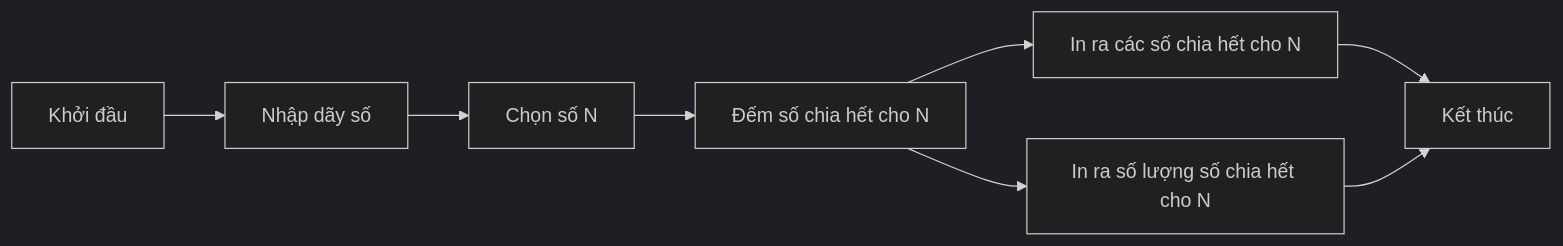
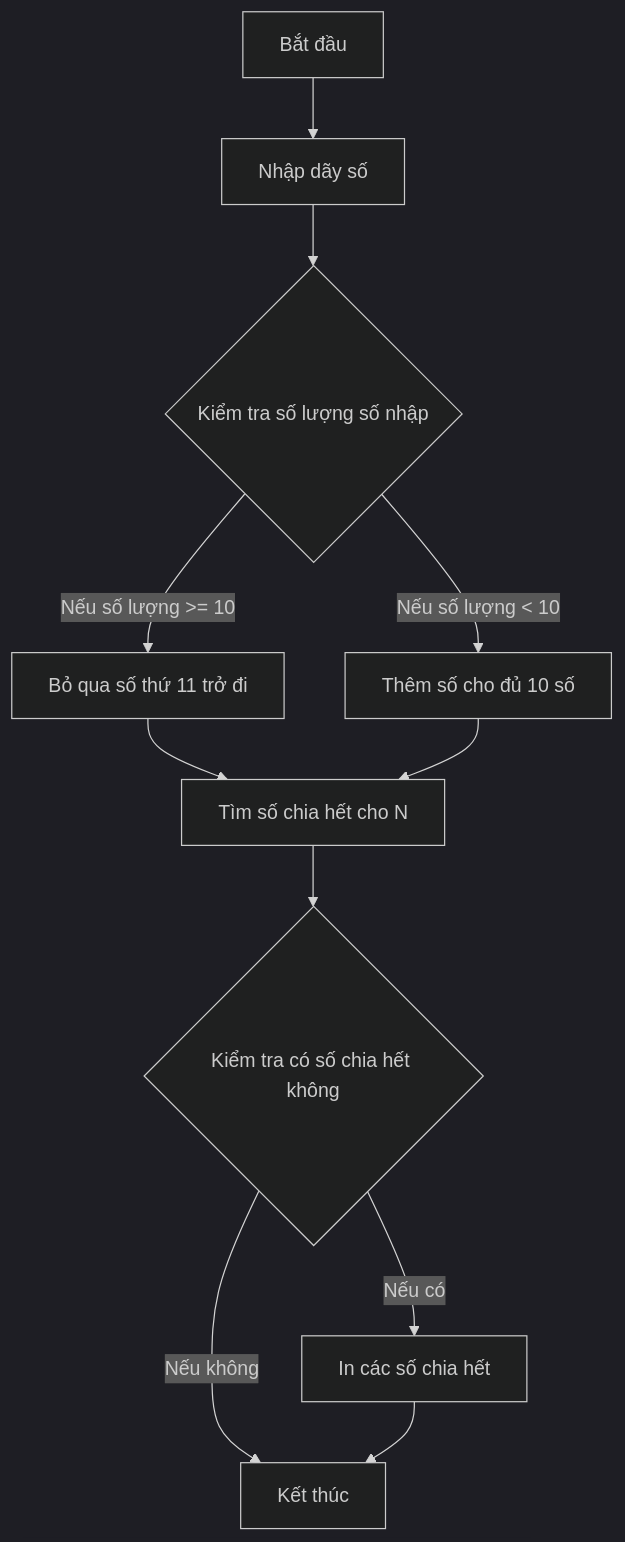
One commit to xoandaica/gemi changed the diagram in testMarkdown.md. Above: the diagram before and after it, drawn with Mermaid (dark theme).

````diff
--- a/testMarkdown.md
+++ b/testMarkdown.md
@@ -1,10 +1,13 @@
 ```mermaid
-graph LR
-A[Khởi đầu] --> B[Nhập dãy số]
-B --> C[Chọn số N]
-C --> D[Đếm số chia hết cho N]
-D --> E[In ra các số chia hết cho N]
-E --> F[Kết thúc]
-D --> G[In ra số lượng số chia hết cho N]
-G --> F
+graph TD;
+    A[ Bắt đầu ] --> B[Nhập dãy số];
+    B --> C{Kiểm tra số lượng số nhập};
+    C -- Nếu số lượng >= 10 --> D[Bỏ qua số thứ 11 trở đi];
+    C -- Nếu số lượng < 10 --> E[Thêm số cho đủ 10 số];
+    D --> F[Tìm số chia hết cho N];
+    E --> F[Tìm số chia hết cho N];
+    F --> G{Kiểm tra có số chia hết không};
+    G -- Nếu có --> H[In các số chia hết];
+    G -- Nếu không --> I[Kết thúc];
+    H --> I;
 ```
````
